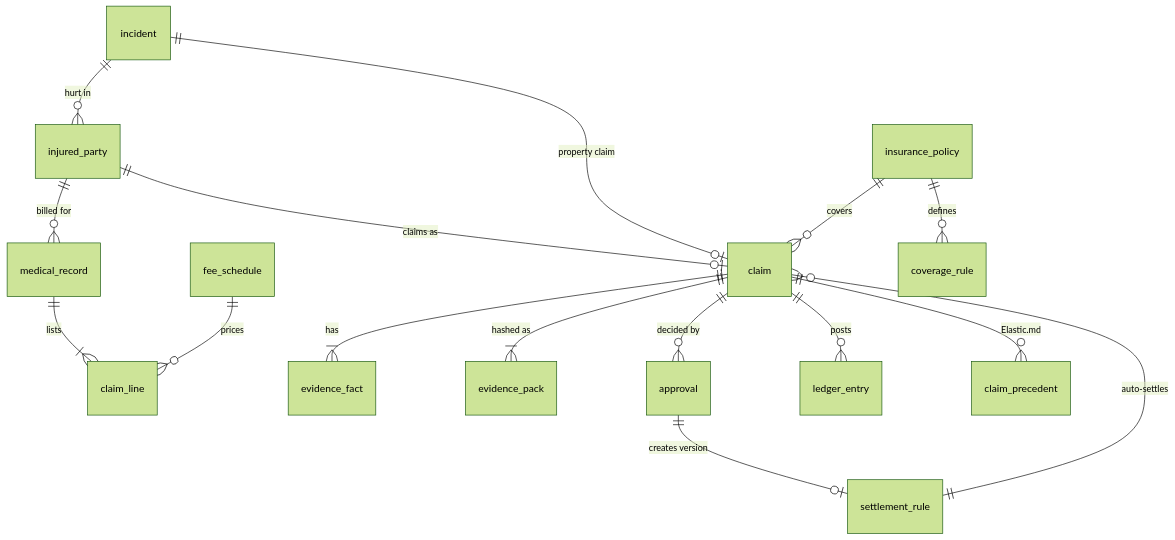
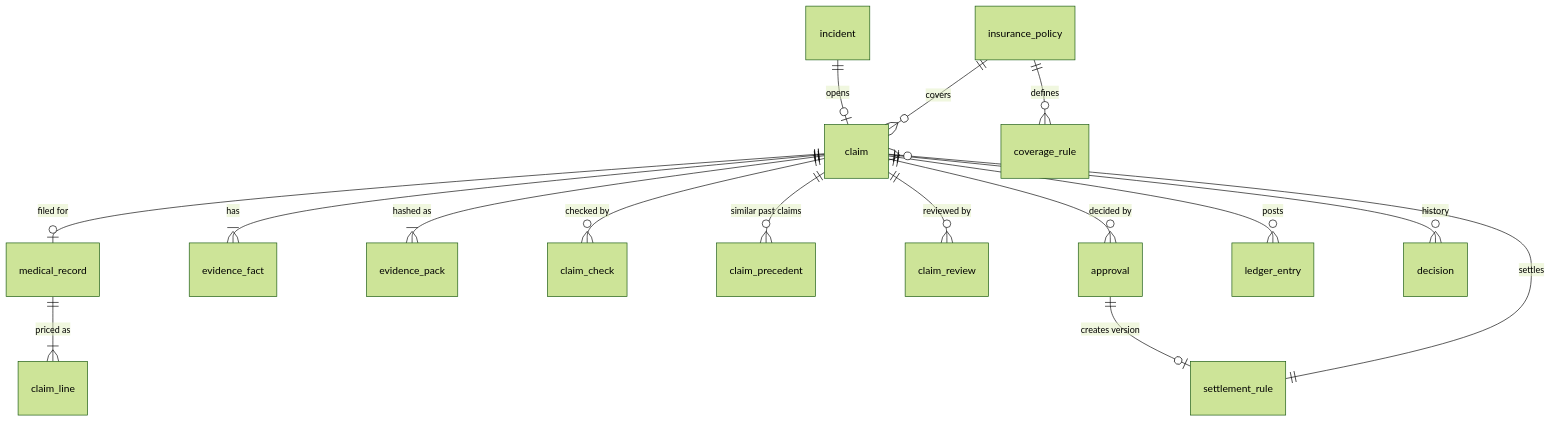
One commit to viktorinkov/cal-hacks-13 changed the fifth of 5 diagrams in System Design/6-features/Insurance.md. Above: the diagram before and after it, drawn with Mermaid (forest theme). The commit also changed other lines of this file and 4 other files, not shown here.

Commit message:
system design: sponsor tracks, insurance Decision Engine, Evidence Engine

````diff
--- a/System Design/6-features/Insurance.md
+++ b/System Design/6-features/Insurance.md
@@ -591,18 +573,18 @@
 ```mermaid
 erDiagram
-  incident ||--o{ injured_party : "hurt in"
-  injured_party ||--o| claim : "claims as"
-  injured_party ||--o{ medical_record : "billed for"
-  medical_record ||--|{ claim_line : lists
-  fee_schedule ||--o{ claim_line : prices
-  incident ||--o| claim : "property claim"
-  insurance_policy ||--o{ coverage_rule : defines
-  insurance_policy ||--o{ claim : covers
-  claim ||--|{ evidence_fact : has
+  incident ||--o| claim : "opens"
+  insurance_policy ||--o{ coverage_rule : "defines"
+  insurance_policy ||--o{ claim : "covers"
+  claim ||--o| medical_record : "filed for"
+  medical_record ||--|{ claim_line : "priced as"
+  claim ||--|{ evidence_fact : "has"
   claim ||--|{ evidence_pack : "hashed as"
+  claim ||--o{ claim_check : "checked by"
+  claim ||--o{ claim_precedent : "similar past claims"
+  claim ||--o{ claim_review : "reviewed by"
   claim ||--o{ approval : "decided by"
-  claim ||--o{ ledger_entry : posts
+  claim ||--o{ ledger_entry : "posts"
+  claim ||--o{ decision : "history"
   approval ||--o| settlement_rule : "creates version"
-  settlement_rule ||--o{ claim : "auto-settles"
-  claim ||--o{ claim_precedent : "Elastic.md"
+  settlement_rule ||--o{ claim : "settles"
 ```
````
